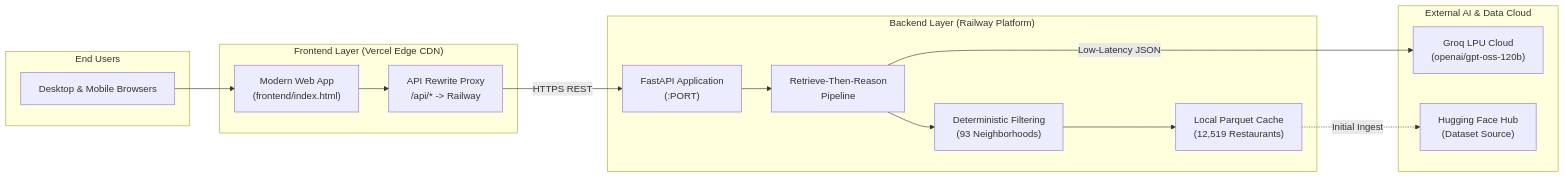
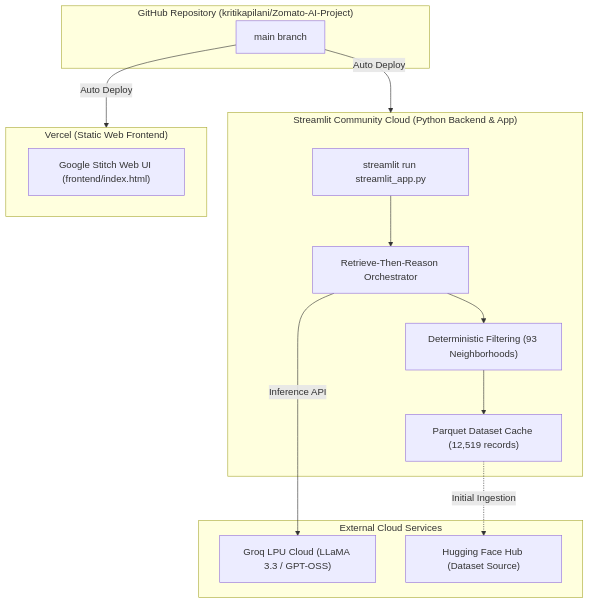
Before and after one commit to kritikapilani/Zomato-AI-Project: the diagram in docs/deployment-plan.md, drawn with Mermaid. The commit also changed other lines of this file and 7 other files, not shown here.

Commit message:
feat: add Streamlit Community Cloud deployment support and update deployment plan

````diff
--- a/docs/deployment-plan.md
+++ b/docs/deployment-plan.md
@@ -11,32 +12,31 @@
 ```mermaid
-flowchart LR
-    subgraph Users["End Users"]
-        Browser["Desktop & Mobile Browsers"]
+flowchart TD
+    subgraph GitHub["GitHub Repository (kritikapilani/Zomato-AI-Project)"]
+        RepoMain["main branch"]
     end
 
-    subgraph Vercel["Frontend Layer (Vercel Edge CDN)"]
-        UI["Modern Web App<br/>(frontend/index.html)"]
-        VercelRewrite["API Rewrite Proxy<br/>/api/* -> Railway"]
+    subgraph StreamlitCloud["Streamlit Community Cloud (Python Backend & App)"]
+        StreamlitRunner["streamlit run streamlit_app.py"]
+        Orchestrator["Retrieve-Then-Reason Orchestrator"]
+        Filter["Deterministic Filtering (93 Neighborhoods)"]
+        DataCache["Parquet Dataset Cache (12,519 records)"]
+        
+        StreamlitRunner --> Orchestrator
+        Orchestrator --> Filter
+        Filter --> DataCache
     end
 
-    subgraph Railway["Backend Layer (Railway Platform)"]
-        FastAPI["FastAPI Application<br/>(:PORT)"]
-        Filter["Deterministic Filtering<br/>(93 Neighborhoods)"]
-        Orchestrator["Retrieve-Then-Reason<br/>Pipeline"]
-        DatasetCache["Local Parquet Cache<br/>(12,519 Restaurants)"]
+    subgraph VercelEdge["Vercel (Static Web Frontend)"]
+        EdgeUI["Google Stitch Web UI (frontend/index.html)"]
     end
 
-    subgraph External["External AI & Data Cloud"]
-        Groq["Groq LPU Cloud<br/>(openai/gpt-oss-120b)"]
-        HF["Hugging Face Hub<br/>(Dataset Source)"]
+    subgraph External["External Cloud Services"]
+        Groq["Groq LPU Cloud (LLaMA 3.3 / GPT-OSS)"]
+        HF["Hugging Face Hub (Dataset Source)"]
     end
 
-    Browser --> UI
-    UI --> VercelRewrite
-    VercelRewrite -->|HTTPS REST| FastAPI
-    FastAPI --> Orchestrator
-    Orchestrator --> Filter
-    Filter --> DatasetCache
-    DatasetCache -.->|Initial Ingest| HF
-    Orchestrator -->|Low-Latency JSON| Groq
+    RepoMain -->|Auto Deploy| StreamlitCloud
+    RepoMain -->|Auto Deploy| VercelEdge
+    Orchestrator -->|Inference API| Groq
+    DataCache -.->|Initial Ingestion| HF
 ```
````
